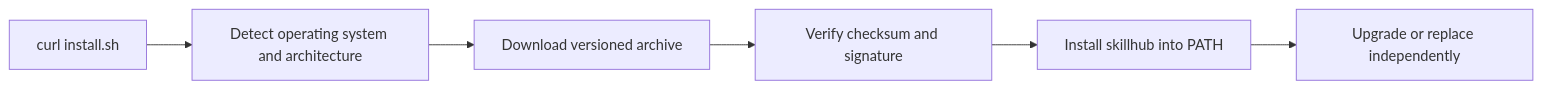
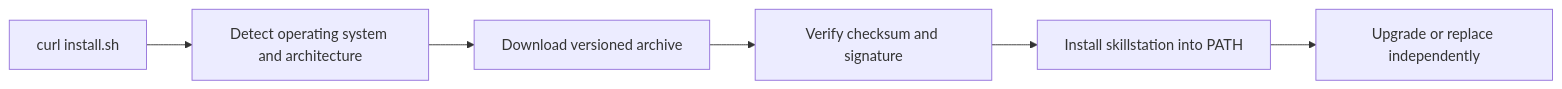
One commit to vantt/skillstation changed the ninth of 10 diagrams in docs/design/01-system-architecture.md. Above: the diagram before and after it, drawn with Mermaid. The commit also changed other lines of this file and 381 other files, not shown here.

Commit message:
refactor: rename the skillhub command, server names, protocol strings and identifiers to skillstation

````diff
--- a/docs/design/01-system-architecture.md
+++ b/docs/design/01-system-architecture.md
@@ -442,8 +442,8 @@
 ```mermaid
 flowchart LR
     SH[curl install.sh] --> DETECT[Detect operating system and architecture]
     DETECT --> DOWNLOAD[Download versioned archive]
     DOWNLOAD --> VERIFY[Verify checksum and signature]
-    VERIFY --> BIN[Install skillhub into PATH]
+    VERIFY --> BIN[Install skillstation into PATH]
     BIN --> UPGRADE[Upgrade or replace independently]
 ```
````
